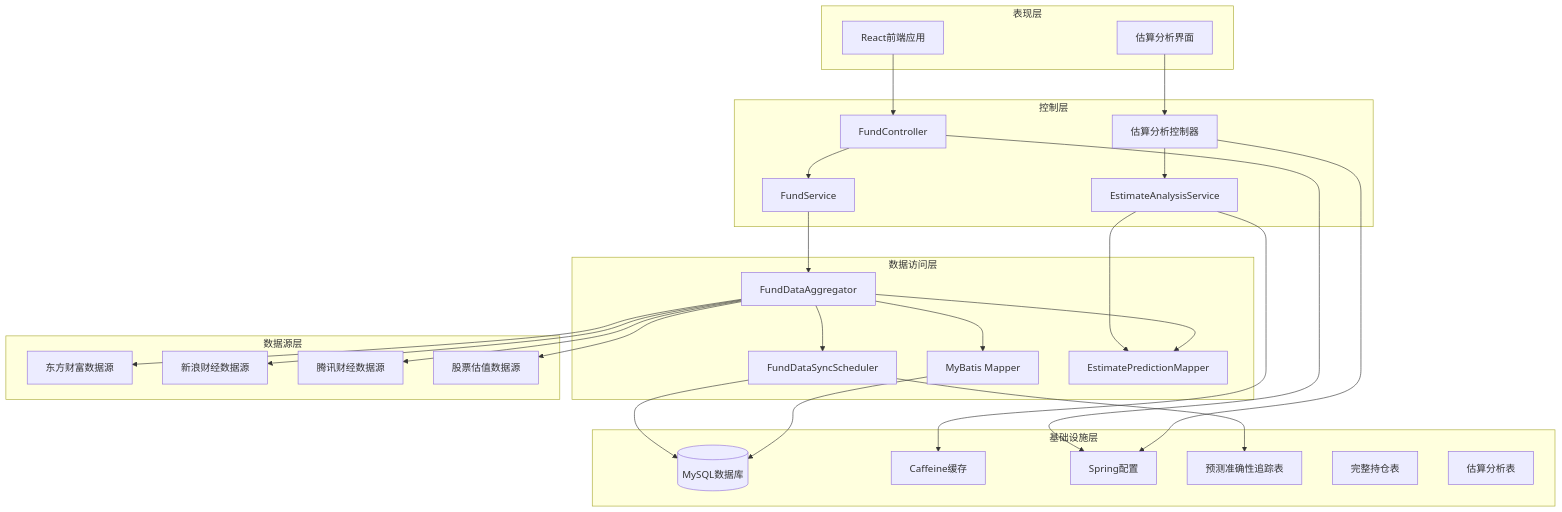
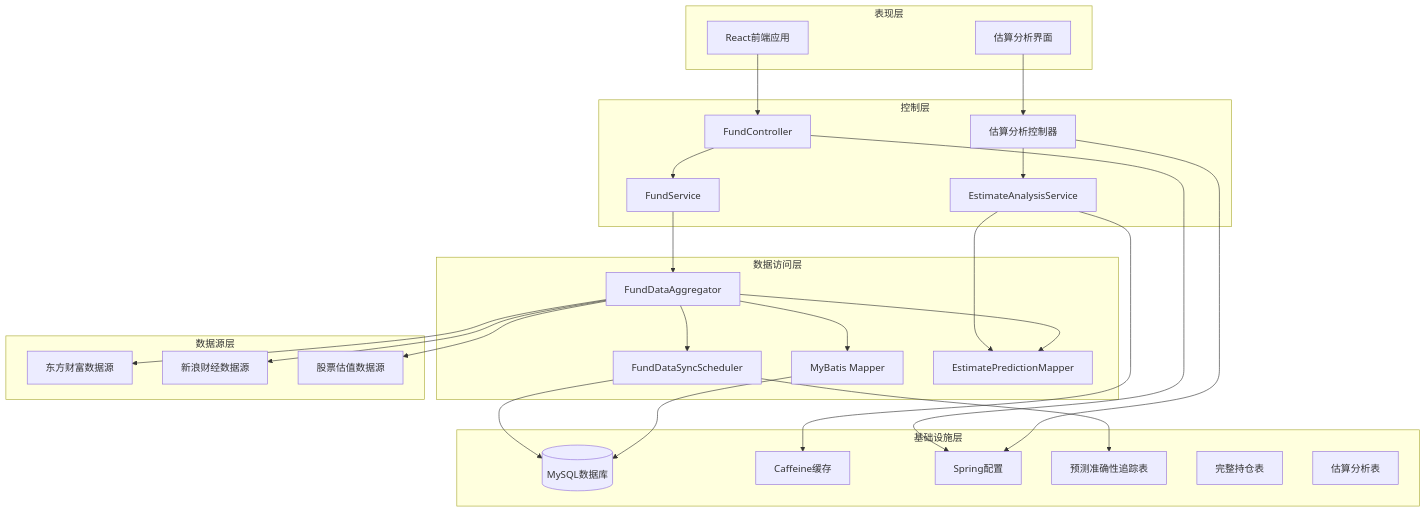
One commit to gree-coder/fund-butler changed the second of 28 diagrams in .qoder/repowiki/zh/content/核心功能开发/多源基金估值系统.md. Above: the diagram before and after it, drawn with Mermaid. The commit also changed other lines of this file and 5 other files, not shown here.

````diff
--- a/.qoder/repowiki/zh/content/核心功能开发/多源基金估值系统.md
+++ b/.qoder/repowiki/zh/content/核心功能开发/多源基金估值系统.md
@@ -147,52 +142,50 @@
 ```mermaid
 graph TD
 subgraph "表现层"
 Frontend[React前端应用]
 EstimateAnalysis[估算分析界面]
 end
 subgraph "控制层"
 Controller[FundController]
 EstimateAnalysisController[估算分析控制器]
 Service[FundService]
 EstimateAnalysisService[EstimateAnalysisService]
 end
 subgraph "数据访问层"
 Aggregator[FundDataAggregator]
 Scheduler[FundDataSyncScheduler]
 Mapper[MyBatis Mapper]
 PredictionMapper[EstimatePredictionMapper]
 end
 subgraph "数据源层"
 EMDataSource[东方财富数据源]
 SinaDataSource[新浪财经数据源]
-TencentDataSource[腾讯财经数据源]
 StockDataSource[股票估值数据源]
 end
 subgraph "基础设施层"
 Database[(MySQL数据库)]
 Cache[Caffeine缓存]
 Config[Spring配置]
 PredictionTable[预测准确性追踪表]
 AllHoldingsTable[完整持仓表]
 EstimateAnalysisTable[估算分析表]
 end
 Frontend --> Controller
 EstimateAnalysis --> EstimateAnalysisController
 Controller --> Service
 EstimateAnalysisController --> EstimateAnalysisService
 Service --> Aggregator
 EstimateAnalysisService --> PredictionMapper
 Aggregator --> Scheduler
 Aggregator --> Mapper
 Aggregator --> PredictionMapper
 Aggregator --> EMDataSource
 Aggregator --> SinaDataSource
-Aggregator --> TencentDataSource
 Aggregator --> StockDataSource
 Scheduler --> Database
 Scheduler --> PredictionTable
 Mapper --> Database
 EstimateAnalysisService --> Cache
 Controller --> Config
 EstimateAnalysisController --> Config
 ```
````
